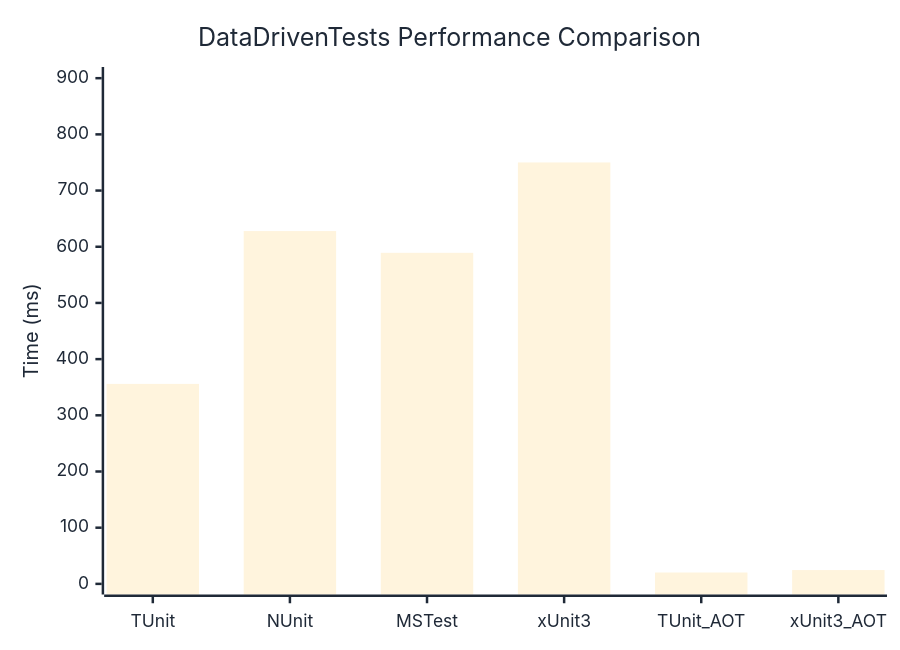
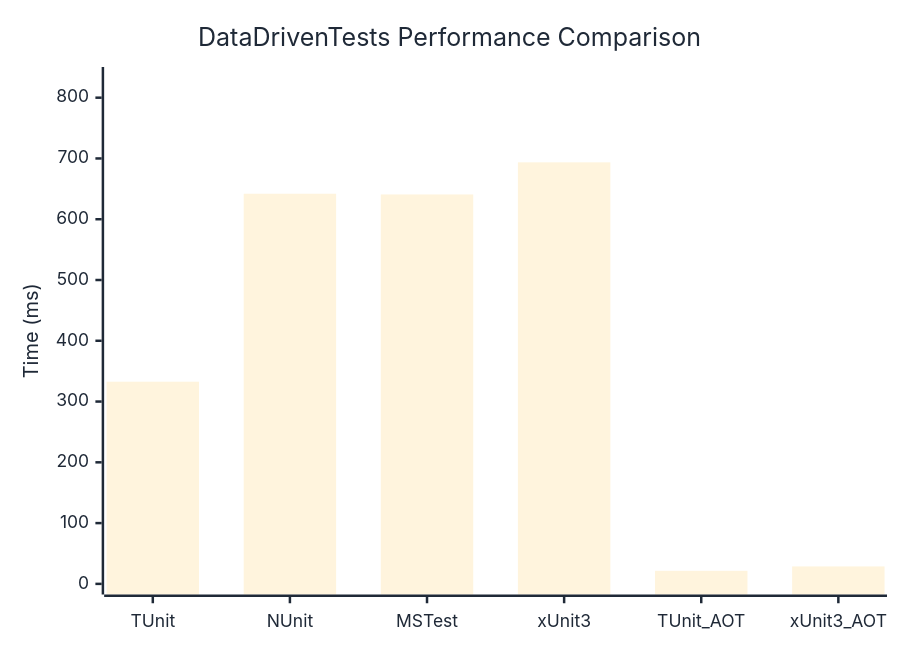
The diagram in docs/docs/benchmarks/engine/DataDrivenTests.md (thomhurst/TUnit), drawn with Mermaid before and after one commit. The commit also changed other lines of this file and 18 other files, not shown here.

````diff
--- a/docs/docs/benchmarks/engine/DataDrivenTests.md
+++ b/docs/docs/benchmarks/engine/DataDrivenTests.md
@@ -30,37 +30,37 @@
 ```mermaid
 %%{init: {
   'theme':'base',
   'themeVariables': {
     'primaryColor': '#2563eb',
     'primaryTextColor': '#1f2937',
     'primaryBorderColor': '#1e40af',
     'lineColor': '#6b7280',
     'secondaryColor': '#7c3aed',
     'tertiaryColor': '#dc2626',
     'background': '#ffffff',
     'mainBkg': '#2563eb',
     'secondBkg': '#7c3aed',
     'tertiaryBkg': '#dc2626',
     'clusterBkg': '#f3f4f6',
     'edgeLabelBackground': '#ffffff',
     'tertiaryTextColor': '#1f2937',
     'pie1': '#2563eb',
     'pie2': '#7c3aed',
     'pie3': '#dc2626',
     'pie4': '#f59e0b',
     'pie5': '#10b981',
     'pie6': '#06b6d4',
     'pie7': '#ec4899',
     'pie8': '#6366f1',
     'pie9': '#84cc16',
     'pie10': '#f97316',
     'pie11': '#14b8a6',
     'pie12': '#a855f7'
   }
 }}%%
 xychart-beta
   title "DataDrivenTests Performance Comparison"
   x-axis ["TUnit", "NUnit", "MSTest", "xUnit3", "TUnit_AOT", "xUnit3_AOT"]
-  y-axis "Time (ms)" 0 --> 901
-  bar [355.91, 627.9, 589.18, 750.02, 20.22, 24.56]
+  y-axis "Time (ms)" 0 --> 833
+  bar [332.65, 641.95, 640.79, 693.6, 21.49, 28.72]
 ```
````
